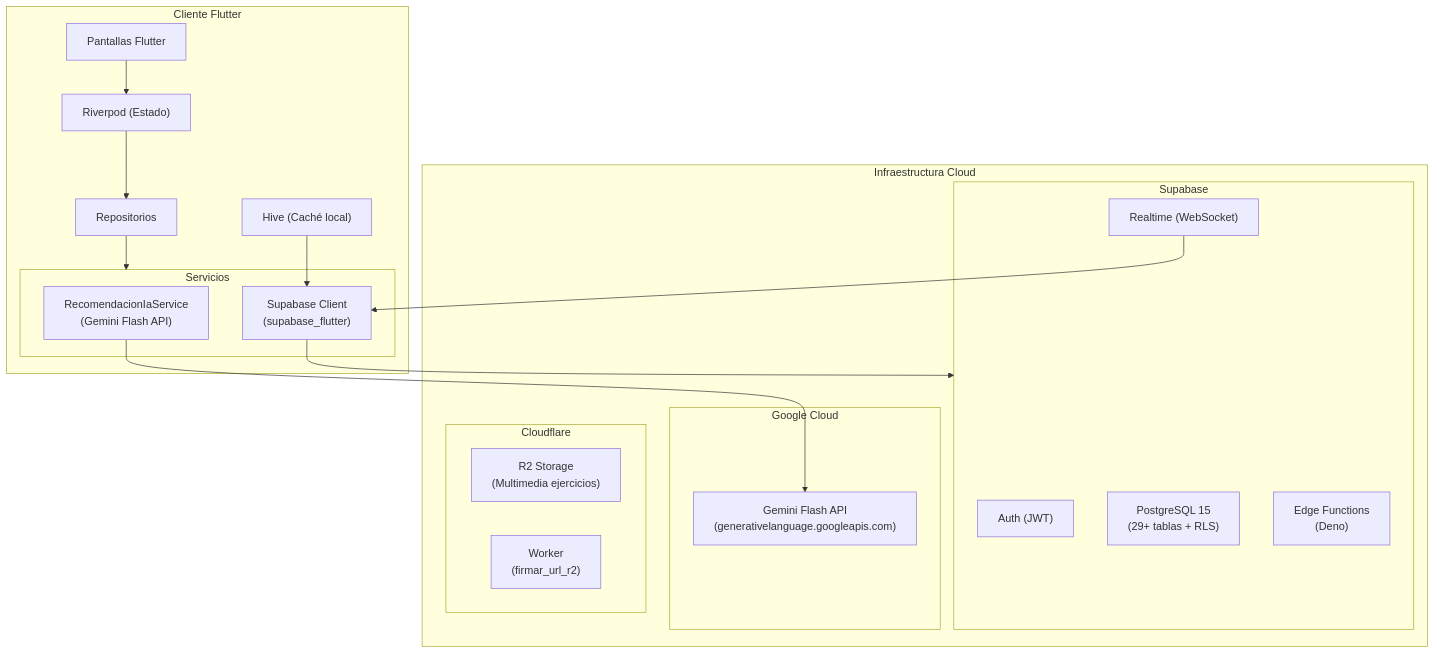
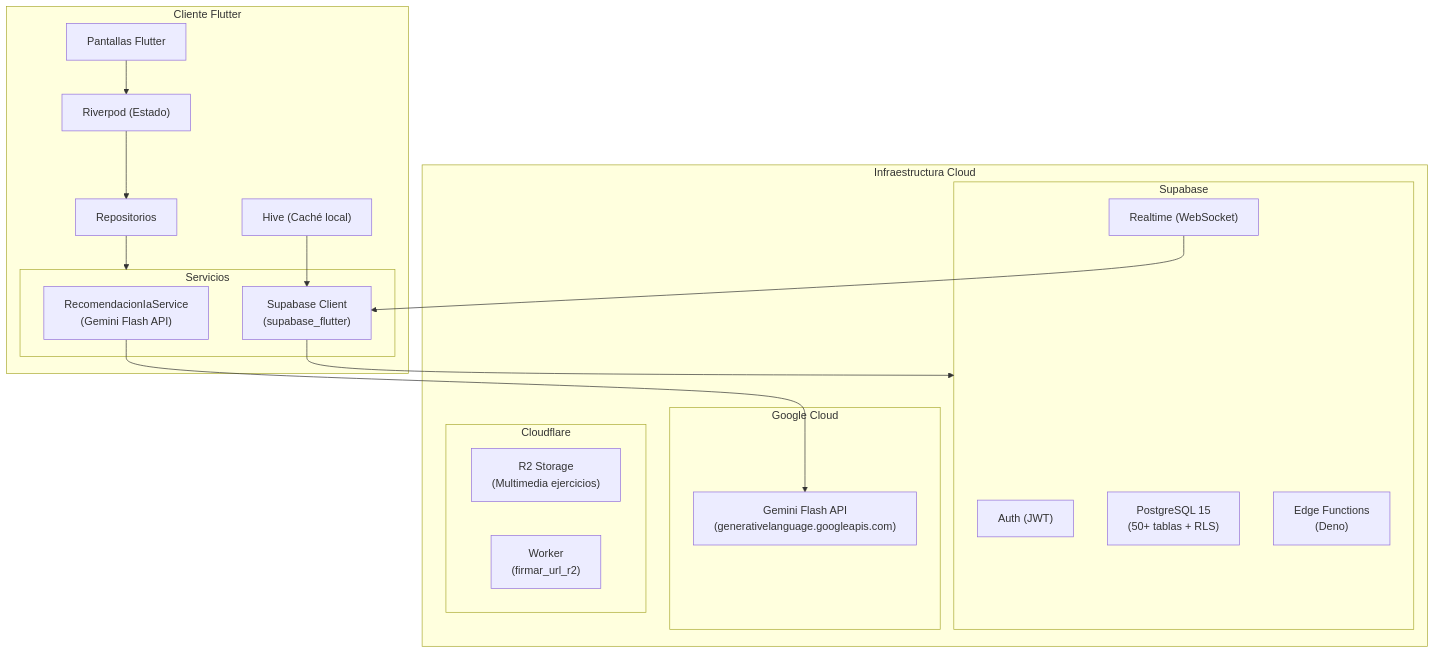
The first of 11 diagrams in docs/03-architecture.md (Jloen1999/synaptixfit), drawn with Mermaid before and after one commit. The commit also changed other lines of this file and 38 other files, not shown here.

````diff
--- a/docs/03-architecture.md
+++ b/docs/03-architecture.md
@@ -56,37 +56,37 @@
 ```mermaid
 flowchart TB
     subgraph Cliente["Cliente Flutter"]
         UI["Pantallas Flutter"]
         RV["Riverpod (Estado)"]
         RP["Repositorios"]
         subgraph Servicios["Servicios"]
             IA["RecomendacionIaService\n(Gemini Flash API)"]
             SB["Supabase Client\n(supabase_flutter)"]
         end
         Hive["Hive (Caché local)"]
     end
 
     subgraph Nube["Infraestructura Cloud"]
         subgraph Supabase["Supabase"]
             Auth["Auth (JWT)"]
-            PG["PostgreSQL 15\n(29+ tablas + RLS)"]
+            PG["PostgreSQL 15\n(50+ tablas + RLS)"]
             RT["Realtime (WebSocket)"]
             EF["Edge Functions\n(Deno)"]
         end
         subgraph Google["Google Cloud"]
             Gemini["Gemini Flash API\n(generativelanguage.googleapis.com)"]
         end
         subgraph CF["Cloudflare"]
             R2["R2 Storage\n(Multimedia ejercicios)"]
             WK["Worker\n(firmar_url_r2)"]
         end
     end
 
     UI --> RV
     RV --> RP
     RP --> Servicios
     IA --> Gemini
     SB --> Supabase
     Hive --> SB
     RT --> SB
 ```
````
